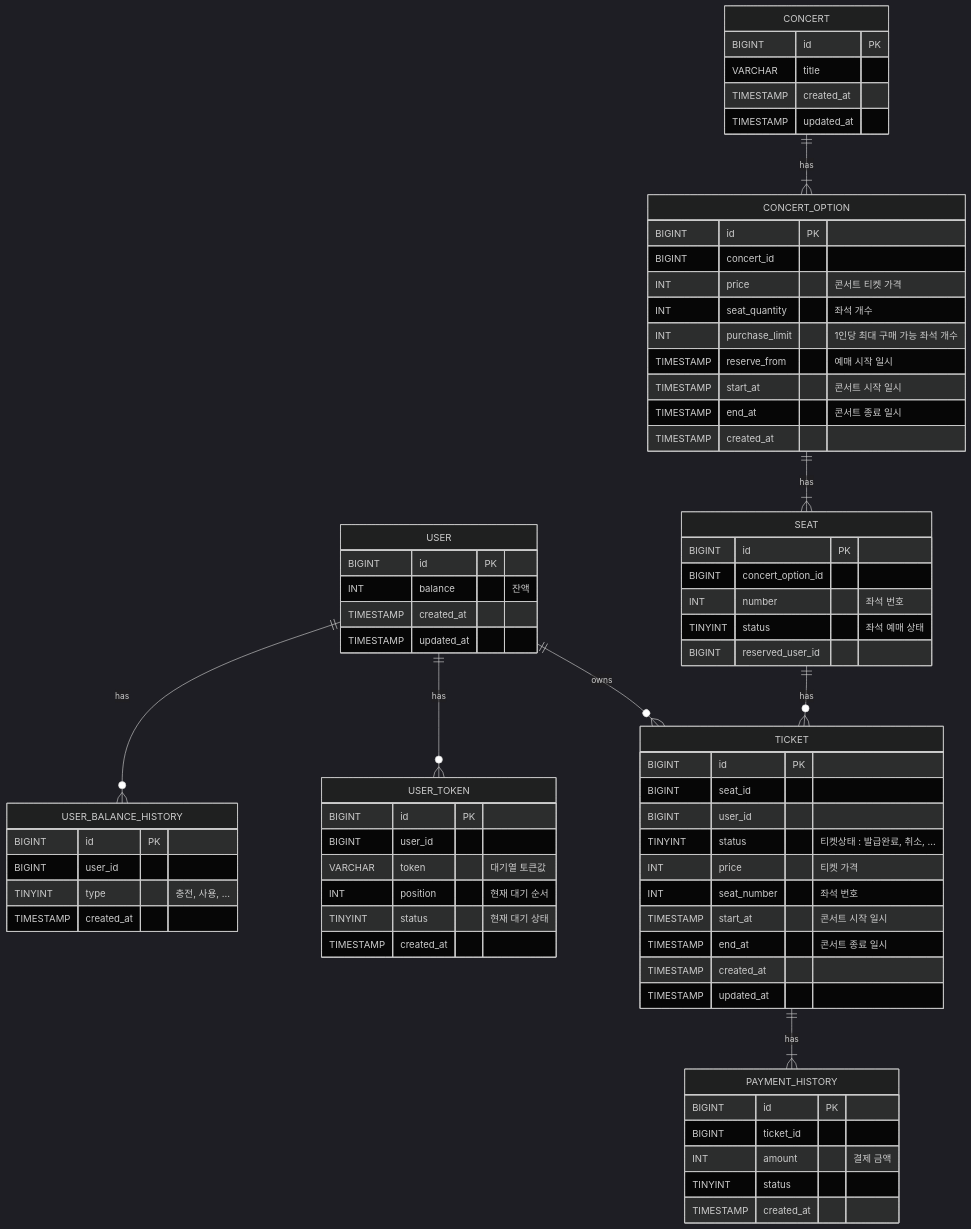
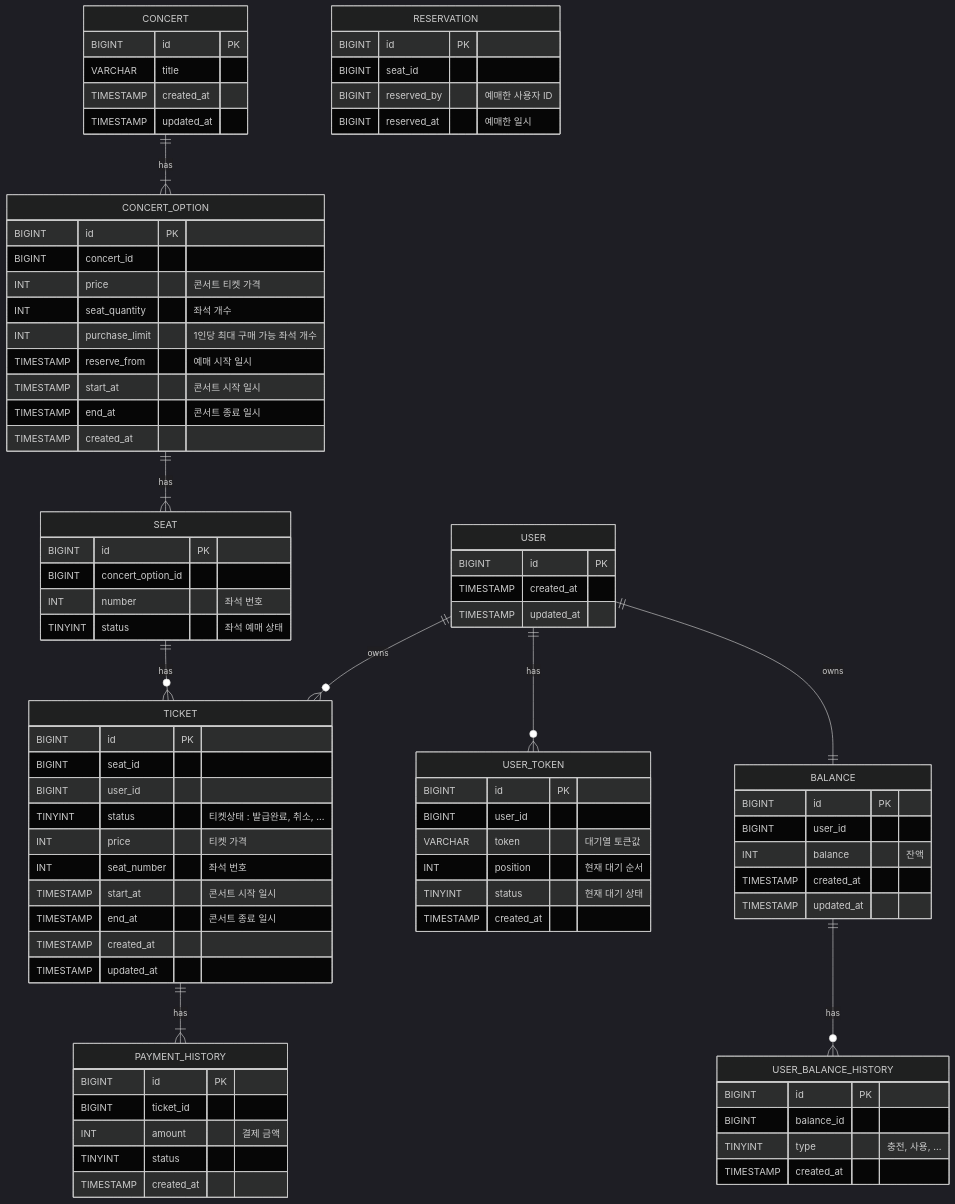
The diagram in document/diagram/erd/erd.md (vvoohhee/concert-system), drawn with Mermaid (dark theme) before and after one commit. The commit also changed 33 other files, not shown here.

```diff
--- a/document/diagram/erd/erd.md
+++ b/document/diagram/erd/erd.md
@@ -2,6 +2,13 @@
 erDiagram
     USER {
         BIGINT id PK
+        TIMESTAMP created_at
+        TIMESTAMP updated_at
+    }
+    
+    BALANCE {
+        BIGINT id PK
+        BIGINT user_id
         INT balance "잔액"
         TIMESTAMP created_at
         TIMESTAMP updated_at
@@ -9,7 +16,7 @@
 
     USER_BALANCE_HISTORY {
         BIGINT id PK
-        BIGINT user_id
+        BIGINT balance_id
         TINYINT type "충전, 사용, ..."
         TIMESTAMP created_at
     }
@@ -47,7 +54,15 @@
         BIGINT concert_option_id
         INT number "좌석 번호"
         TINYINT status "좌석 예매 상태"
-        BIGINT reserved_user_id
+    }
+    
+    %% 이선좌인 경우에만 조회할 테이블
+    %% 5분 초과 시 예매 취소
+    RESERVATION {
+        BIGINT id PK
+        BIGINT seat_id
+        BIGINT reserved_by "예매한 사용자 ID"
+        BIGINT reserved_at "예매한 일시"
     }
 
     %% 결제까지 완료되어야 생성됨
@@ -73,7 +88,8 @@
         TIMESTAMP created_at
     }
 
-    USER ||--o{ USER_BALANCE_HISTORY: "has"
+    USER ||--|| BALANCE: "owns"
+    BALANCE ||--o{ USER_BALANCE_HISTORY: "has"
     USER ||--o{ USER_TOKEN: "has"
     CONCERT ||--|{ CONCERT_OPTION: "has"
     CONCERT_OPTION ||--|{ SEAT: "has"
```
